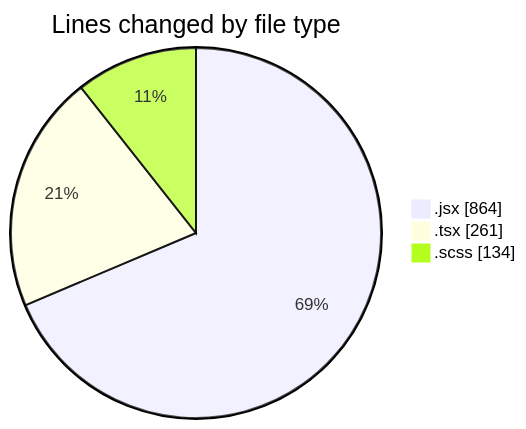
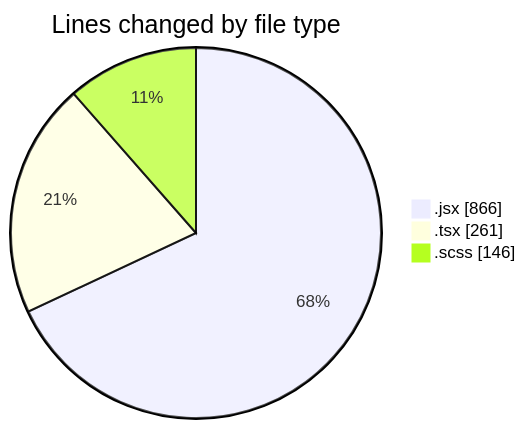
The first of 2 diagrams in 2026-02-11/cda/README.md (momahboobian/code-tracking), drawn with Mermaid before and after one commit. The commit also changed other lines of this file and 1 other file, not shown here.

````diff
--- a/2026-02-11/cda/README.md
+++ b/2026-02-11/cda/README.md
@@ -25,7 +25,7 @@
 ```mermaid
 pie showData
 title Lines changed by file type
-".jsx" : 864
+".jsx" : 866
 ".tsx" : 261
-".scss" : 134
+".scss" : 146
 ```
````
